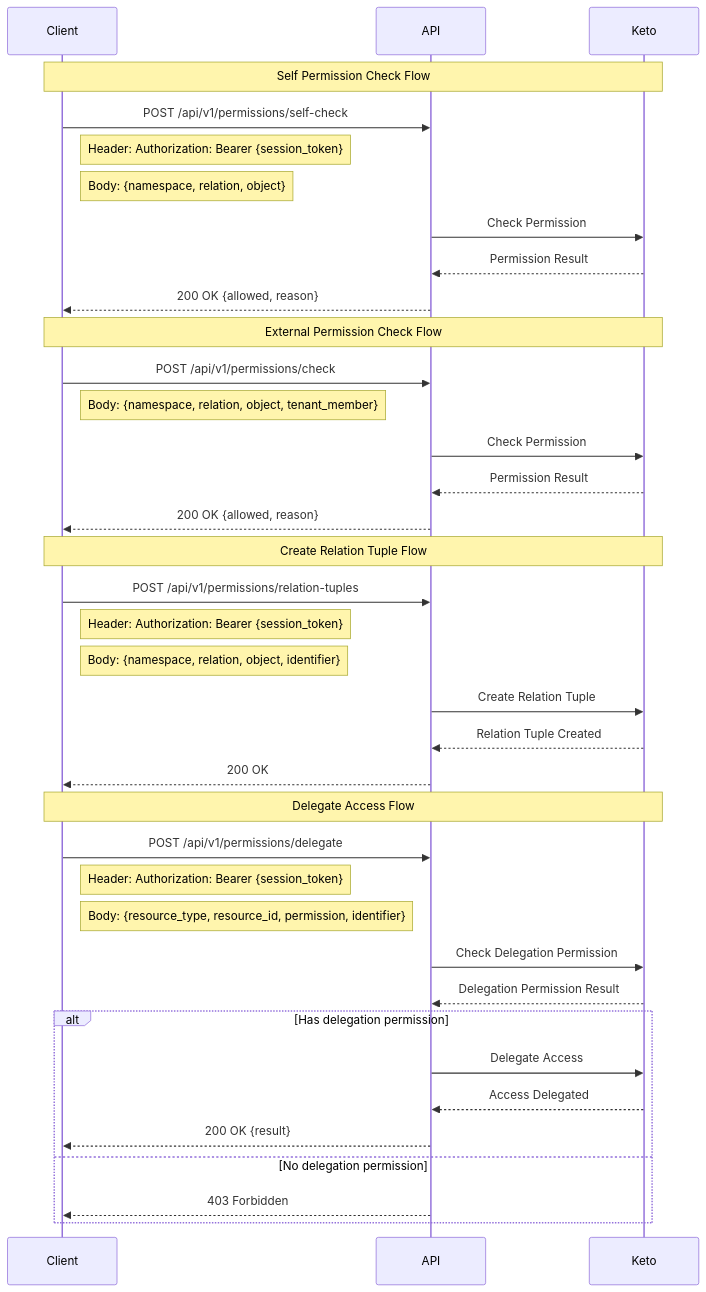
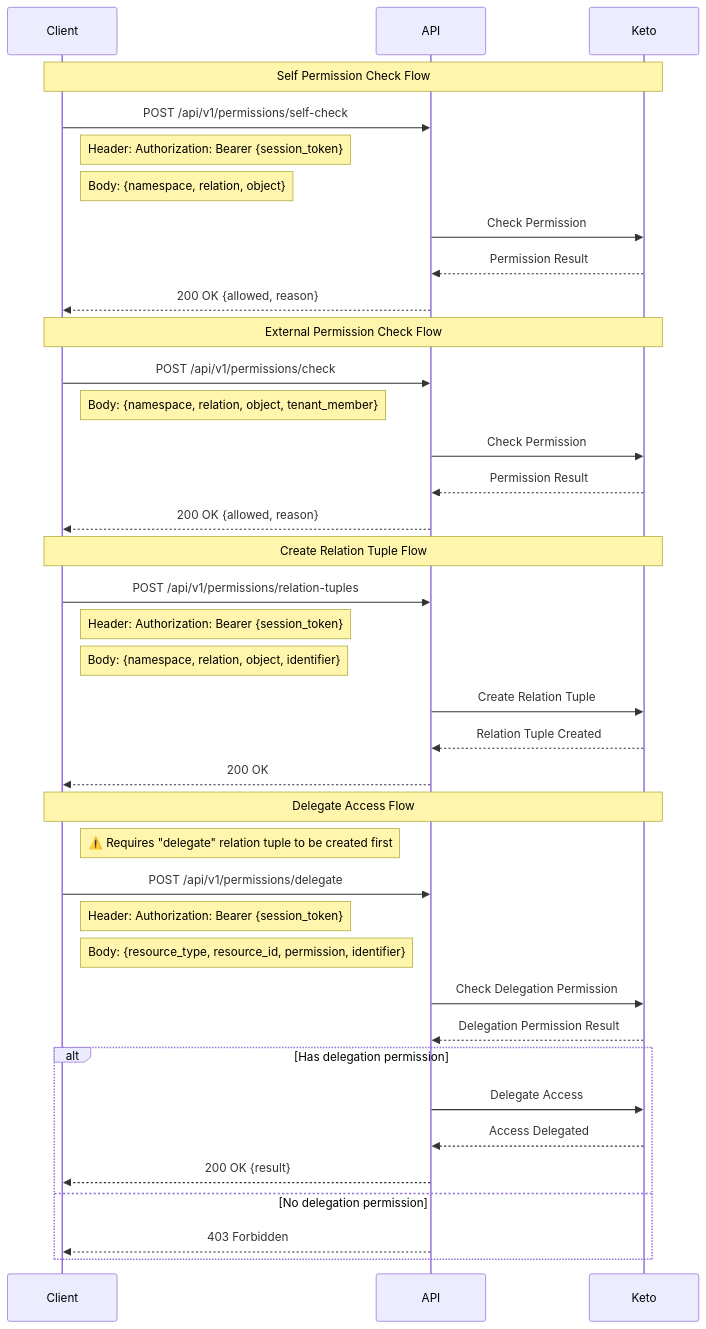
One commit to lifenetwork-ai/iam-service changed the diagram in dev-docs/Authorization.md. Above: the diagram before and after it, drawn with Mermaid. The commit also changed other lines of this file, not shown here.

````diff
--- a/dev-docs/Authorization.md
+++ b/dev-docs/Authorization.md
@@ -5,43 +5,44 @@
 ```mermaid
 sequenceDiagram
     participant Client
     participant API
     participant Keto
     
     Note over Client,Keto: Self Permission Check Flow
     Client->>API: POST /api/v1/permissions/self-check
     Note right of Client: Header: Authorization: Bearer {session_token}
     Note right of Client: Body: {namespace, relation, object}
     API->>Keto: Check Permission
     Keto-->>API: Permission Result
     API-->>Client: 200 OK {allowed, reason}
     
     Note over Client,Keto: External Permission Check Flow
     Client->>API: POST /api/v1/permissions/check
     Note right of Client: Body: {namespace, relation, object, tenant_member}
     API->>Keto: Check Permission
     Keto-->>API: Permission Result
     API-->>Client: 200 OK {allowed, reason}
     
     Note over Client,Keto: Create Relation Tuple Flow
     Client->>API: POST /api/v1/permissions/relation-tuples
     Note right of Client: Header: Authorization: Bearer {session_token}
     Note right of Client: Body: {namespace, relation, object, identifier}
     API->>Keto: Create Relation Tuple
     Keto-->>API: Relation Tuple Created
     API-->>Client: 200 OK
     
     Note over Client,Keto: Delegate Access Flow
+    Note right of Client: ⚠️ Requires "delegate" relation tuple to be created first
     Client->>API: POST /api/v1/permissions/delegate
     Note right of Client: Header: Authorization: Bearer {session_token}
     Note right of Client: Body: {resource_type, resource_id, permission, identifier}
     API->>Keto: Check Delegation Permission
     Keto-->>API: Delegation Permission Result
     alt Has delegation permission
         API->>Keto: Delegate Access
         Keto-->>API: Access Delegated
         API-->>Client: 200 OK {result}
     else No delegation permission
         API-->>Client: 403 Forbidden
     end
 ```
````
